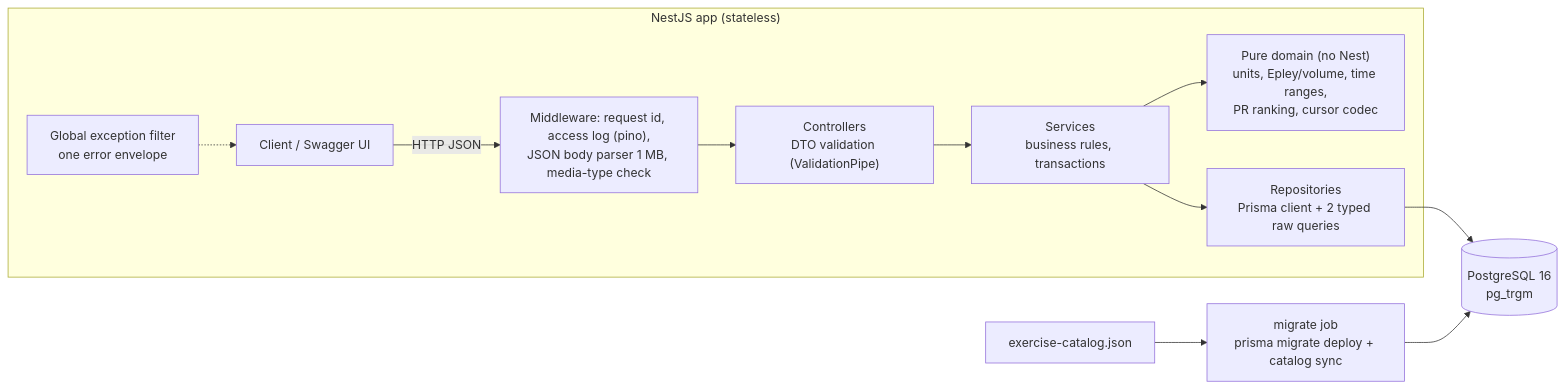
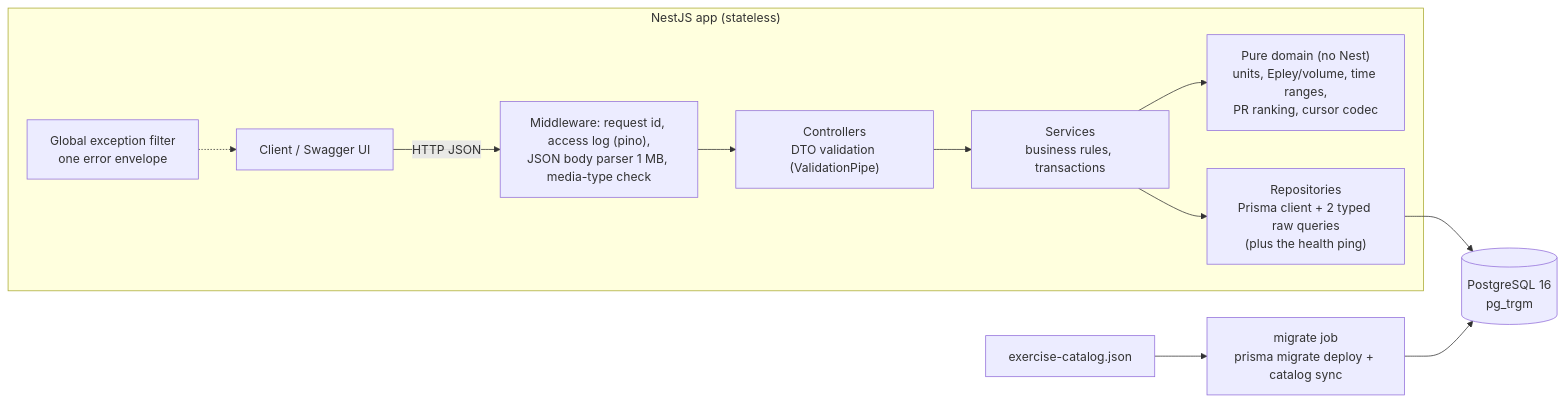
The first of 2 diagrams in README.md (junnycp/workout-logging-api), drawn with Mermaid before and after one commit. The commit also changed other lines of this file, not shown here.

````diff
--- a/README.md
+++ b/README.md
@@ -76,15 +76,15 @@
 ```mermaid
 flowchart LR
     C[Client / Swagger UI] -->|HTTP JSON| MW
     subgraph API["NestJS app (stateless)"]
       MW["Middleware: request id, access log (pino),<br/>JSON body parser 1 MB, media-type check"]
       MW --> CTRL["Controllers<br/>DTO validation (ValidationPipe)"]
       CTRL --> SVC["Services<br/>business rules, transactions"]
       SVC --> DOM["Pure domain (no Nest)<br/>units, Epley/volume, time ranges,<br/>PR ranking, cursor codec"]
-      SVC --> REPO["Repositories<br/>Prisma client + 2 typed raw queries"]
+      SVC --> REPO["Repositories<br/>Prisma client + 2 typed raw queries<br/>(plus the health ping)"]
       EF["Global exception filter<br/>one error envelope"] -.-> C
     end
     REPO --> PG[("PostgreSQL 16<br/>pg_trgm")]
     MIG["migrate job<br/>prisma migrate deploy + catalog sync"] --> PG
     CAT["exercise-catalog.json"] --> MIG
 ```
````
